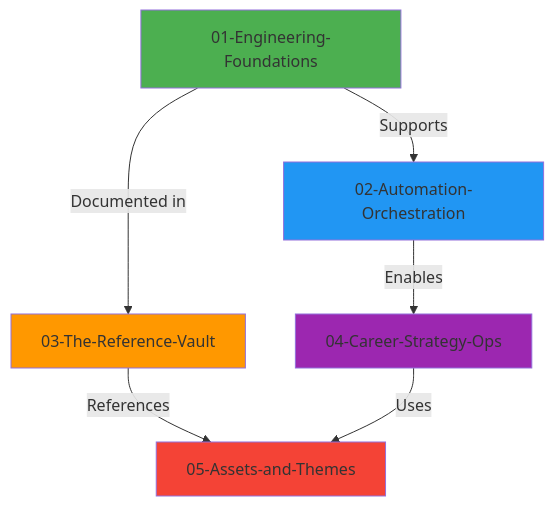
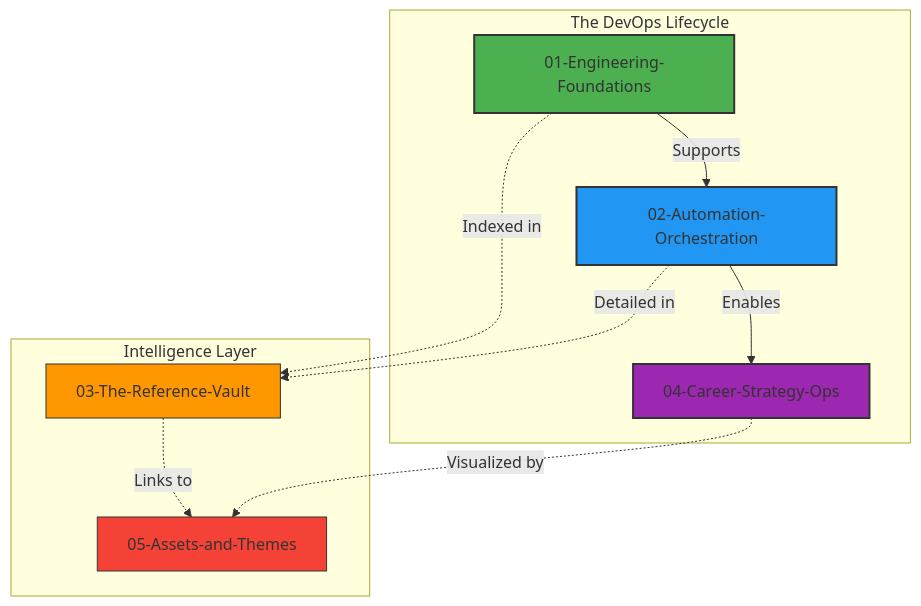
One commit to Ganil151/Devops changed the diagram in MASTER_INDEX.md. Above: the diagram before and after it, drawn with Mermaid.

Commit message:
docs(Devops): Update MASTER_INDEX.md
Changes summary:
- Modified: 1 files
  • MASTER_INDEX.md

````diff
--- a/MASTER_INDEX.md
+++ b/MASTER_INDEX.md
@@ -10,20 +10,23 @@
 ```mermaid
-graph TB
-    P1[01-Engineering-Foundations]
-    P2[02-Automation-Orchestration]
-    P3[03-The-Reference-Vault]
-    P4[04-Career-Strategy-Ops]
-    P5[05-Assets-and-Themes]
+graph TD
+    subgraph Core_Flow [The DevOps Lifecycle]
+        P1[01-Engineering-Foundations] -->|Supports| P2[02-Automation-Orchestration]
+        P2 -->|Enables| P4[04-Career-Strategy-Ops]
+    end
     
-    P1 -->|Supports| P2
-    P1 -->|Documented in| P3
-    P2 -->|Enables| P4
-    P3 -->|References| P5
-    P4 -->|Uses| P5
+    subgraph Knowledge_Sync [Intelligence Layer]
+        P3[03-The-Reference-Vault]
+        P5[05-Assets-and-Themes]
+    end
     
-    style P1 fill:#4CAF50
-    style P2 fill:#2196F3
-    style P3 fill:#FF9800
-    style P4 fill:#9C27B0
-    style P5 fill:#F44336
+    P1 -.->|Indexed in| P3
+    P2 -.->|Detailed in| P3
+    P3 -.->|Links to| P5
+    P4 -.->|Visualized by| P5
+    
+    style P1 fill:#4CAF50,stroke:#333,stroke-width:2px
+    style P2 fill:#2196F3,stroke:#333,stroke-width:2px
+    style P4 fill:#9C27B0,stroke:#333,stroke-width:2px
+    style P3 fill:#FF9800,stroke:#333,stroke-width:1px
+    style P5 fill:#F44336,stroke:#333,stroke-width:1px
 ```
````
